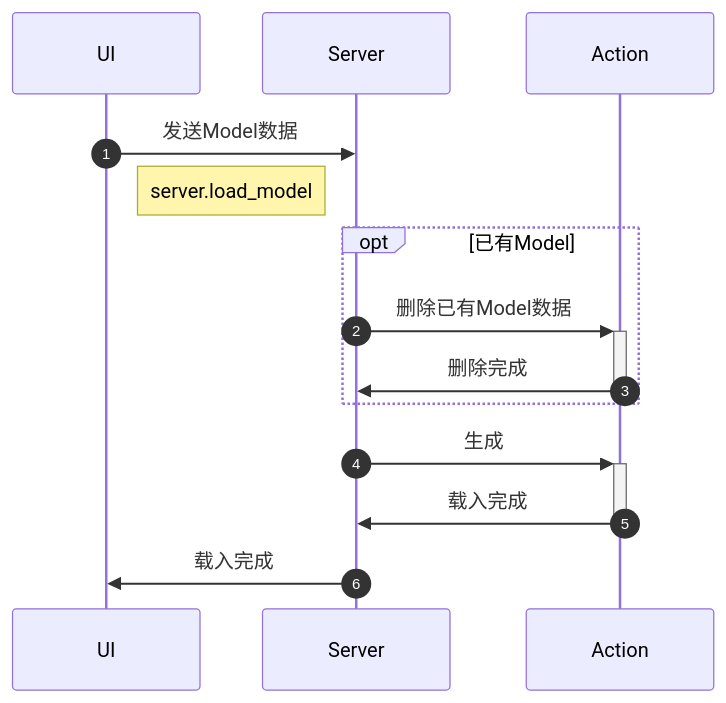
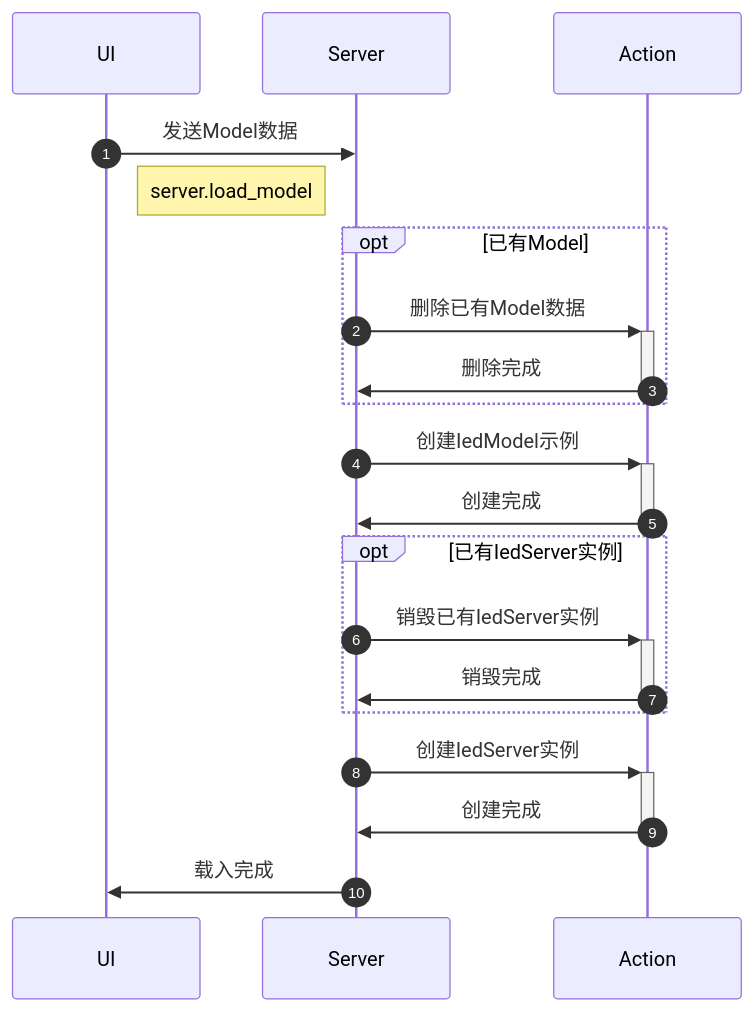
The first of 4 diagrams in doc/workflow.md (Tachiguishi/iec61850_simulator), drawn with Mermaid before and after one commit. The commit also changed other lines of this file and 10 other files, not shown here.

````diff
--- a/doc/workflow.md
+++ b/doc/workflow.md
@@ -7,16 +7,22 @@
 ```mermaid
 sequenceDiagram;
     autonumber
     participant UI
     participant Server
     participant Action
     UI->>Server: 发送Model数据
     Note right of UI: server.load_model
     opt 已有Model
         Server->>+Action: 删除已有Model数据
         Action->>-Server: 删除完成
     end
-    Server->>+Action: 生成
-    Action->>-Server: 载入完成
+    Server->>+Action: 创建IedModel示例
+    Action->>-Server: 创建完成
+    opt 已有IedServer实例
+        Server->>+Action: 销毁已有IedServer实例
+        Action->>-Server: 销毁完成
+    end
+    Server->>+Action: 创建IedServer实例
+    Action->>-Server: 创建完成
     Server->>UI: 载入完成
 ```
````
